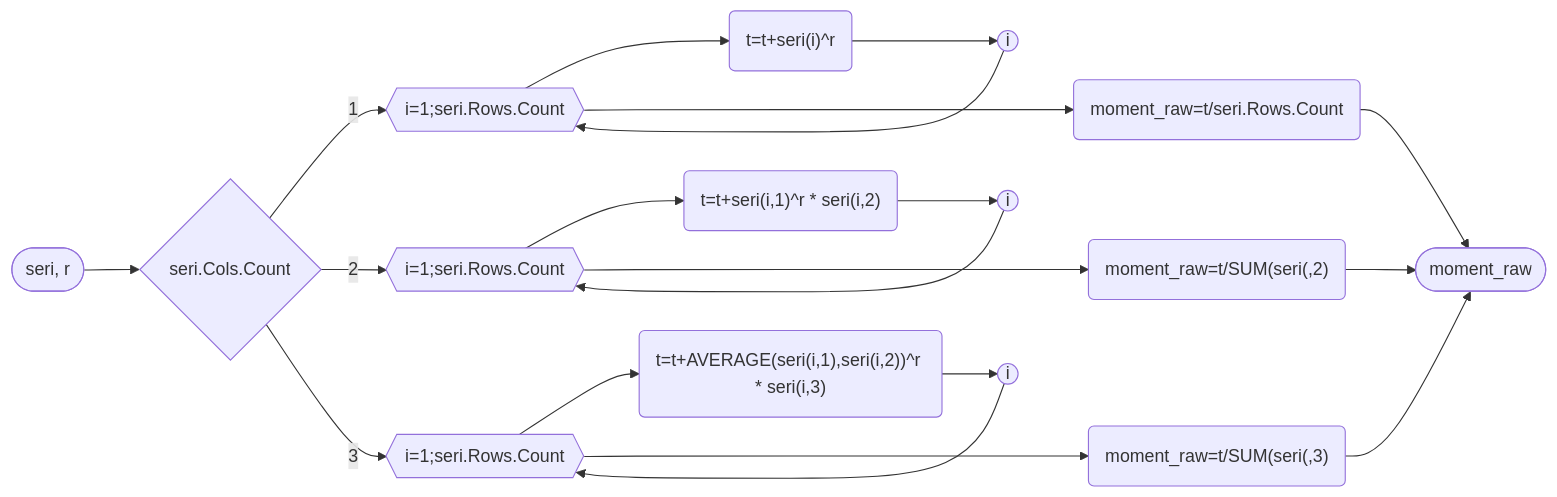
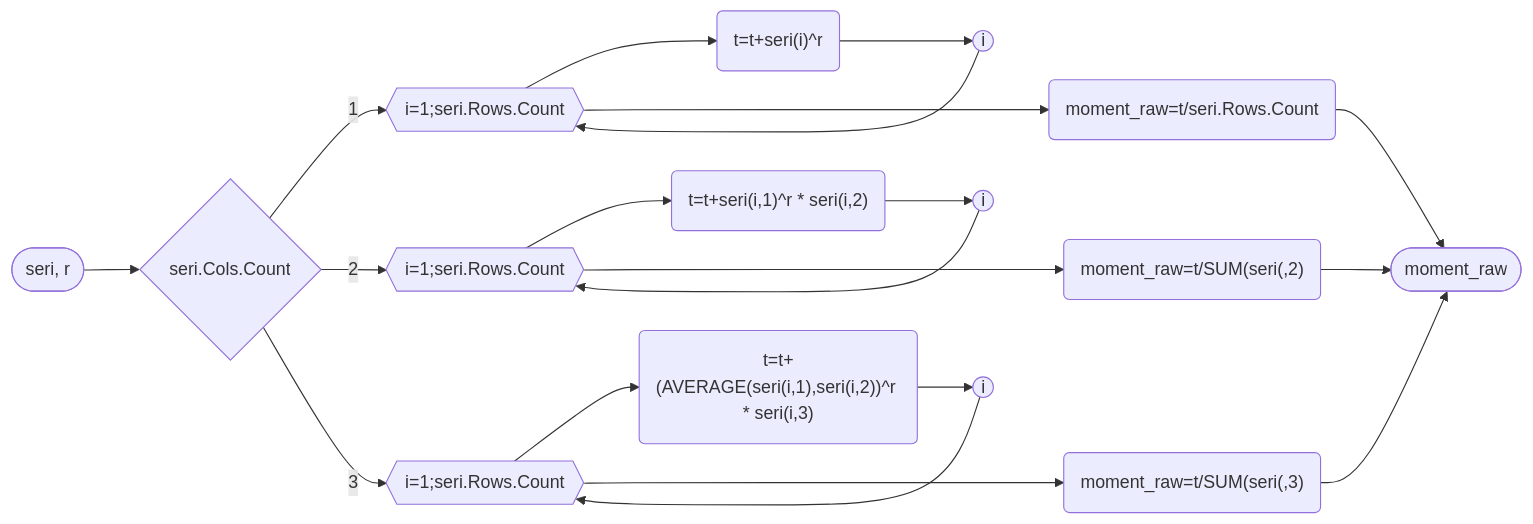
Before and after one commit to lterlemez/Excel-VBA--statistik: the diagram in VBA_Statistics/README.md, drawn with Mermaid.

Commit message:
Content Update for README.md
Flowchart update

````diff
--- a/VBA_Statistics/README.md
+++ b/VBA_Statistics/README.md
@@ -50,17 +50,17 @@
 ```mermaid
 flowchart LR
 A([seri, r]) --> B
 B{seri.Cols.Count}
-B--1--> E{{"i=1;seri.Rows.Count"}} 
+B--1--> E{{"i=1;seri.Rows.Count"}}
 E-->F("t=t+seri(i)^r")-->G((i)) 
-G-->E 
+G-->E
 E---->H("moment_raw=t/seri.Rows.Count")-->J([moment_raw])
 B--2-->K{{"i=1;seri.Rows.Count"}}
 K-->M("t=t+seri(i,1)^r * seri(i,2)")-->N((i))
 N-->K
 K---->O("moment_raw=t/SUM(seri(,2)")-->J([moment_raw])
 B--3-->L{{"i=1;seri.Rows.Count"}}
-L-->P("t=t+AVERAGE(seri(i,1),seri(i,2))^r * seri(i,3)")-->Q((i))
+L-->P("t=t+(AVERAGE(seri(i,1),seri(i,2))^r * seri(i,3)")-->Q((i))
 Q-->L
 L---->R("moment_raw=t/SUM(seri(,3)")-->J([moment_raw])
 ```
````
